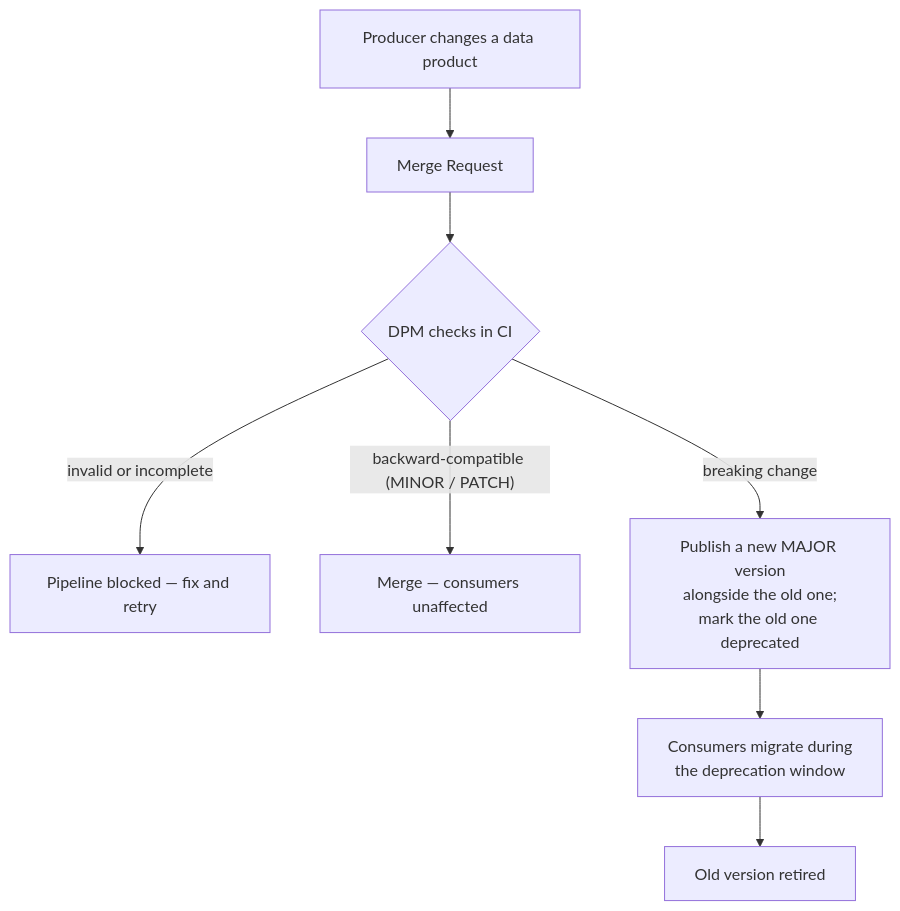
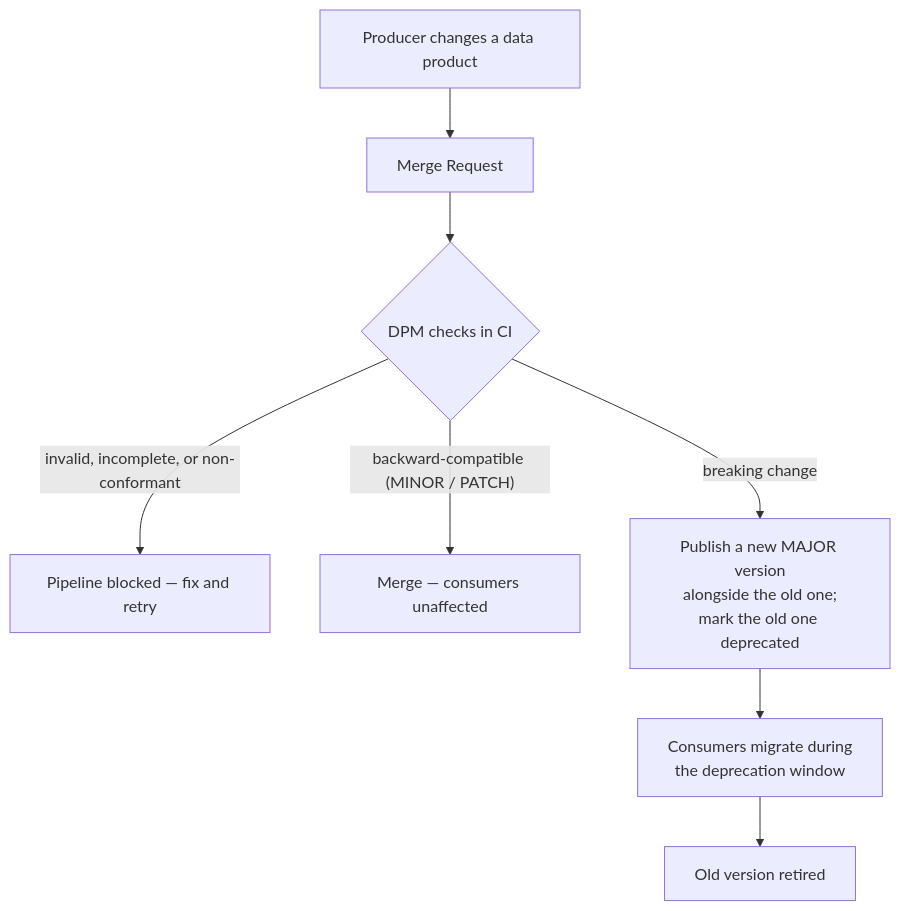
Before and after one commit to open-dpm/dpm: the diagram in README.md, drawn with Mermaid. The commit also changed other lines of this file, not shown here.

Commit message:
docs: surface EDM conformance in README (how-it-works, diagram, feature section, ODCS table)

````diff
--- a/README.md
+++ b/README.md
@@ -32,10 +33,10 @@
 ```mermaid
 flowchart TD
     P["Producer changes a data product"] --> MR["Merge Request"]
     MR --> CI{"DPM checks in CI"}
-    CI -->|"invalid or incomplete"| RED["Pipeline blocked — fix and retry"]
+    CI -->|"invalid, incomplete, or non-conformant"| RED["Pipeline blocked — fix and retry"]
     CI -->|"backward-compatible (MINOR / PATCH)"| OK["Merge — consumers unaffected"]
     CI -->|"breaking change"| BR["Publish a new MAJOR version<br/>alongside the old one;<br/>mark the old one deprecated"]
     BR --> DEP["Consumers migrate during<br/>the deprecation window"]
     DEP --> RET["Old version retired"]
 ```
````
